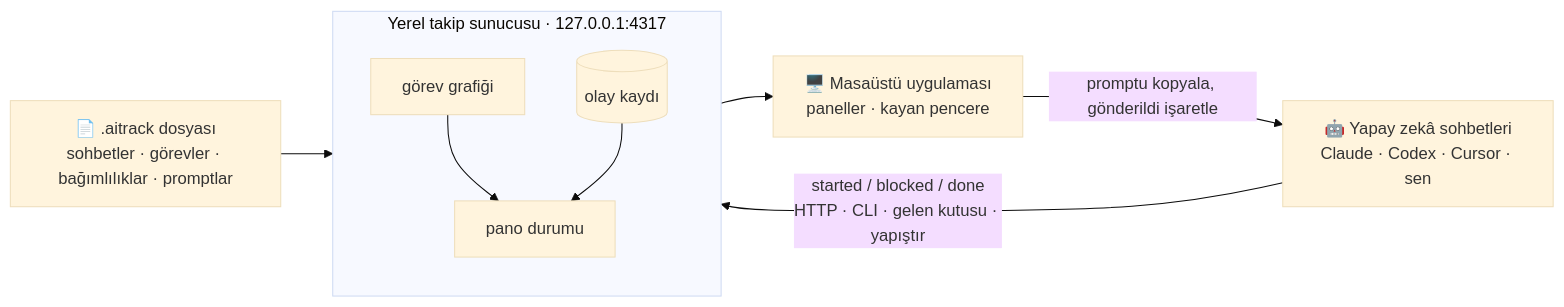
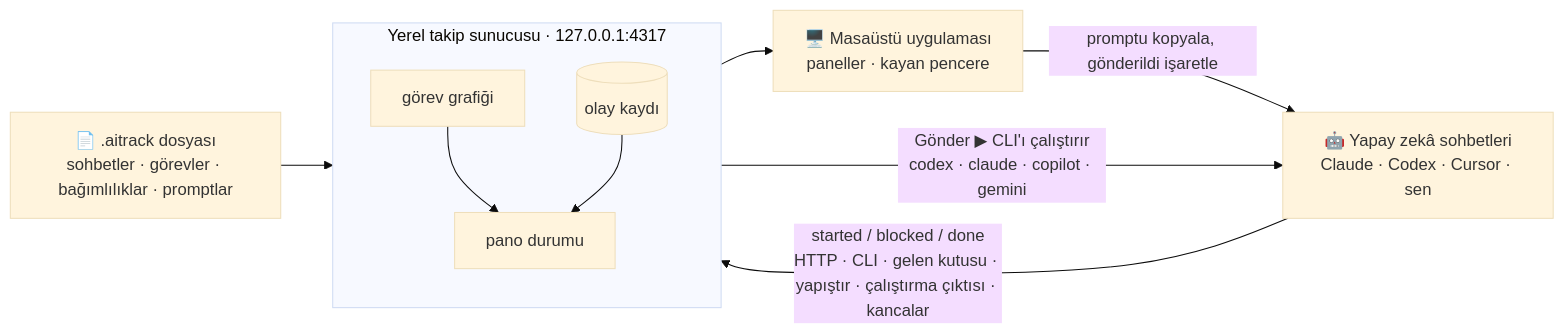
One commit to mitradeniz/ai-tracking-system changed the second of 3 diagrams in README.tr.md. Above: the diagram before and after it, drawn with Mermaid (base theme). The commit also changed other lines of this file and 36 other files, not shown here.

````diff
--- a/README.tr.md
+++ b/README.tr.md
@@ -184,12 +211,13 @@
 ```mermaid
 flowchart LR
     F["📄 .aitrack dosyası<br/>sohbetler · görevler · bağımlılıklar · promptlar"] --> T
     subgraph T["Yerel takip sunucusu · 127.0.0.1:4317"]
       direction TB
       G[görev grafiği] --> B[pano durumu]
       L[(olay kaydı)] --> B
     end
     T --> UI["🖥️ Masaüstü uygulaması<br/>paneller · kayan pencere"]
     UI -- "promptu kopyala, gönderildi işaretle" --> C["🤖 Yapay zekâ sohbetleri<br/>Claude · Codex · Cursor · sen"]
-    C -- "started / blocked / done<br/>HTTP · CLI · gelen kutusu · yapıştır" --> L
+    T -- "Gönder ▶ CLI'ı çalıştırır<br/>codex · claude · copilot · gemini" --> C
+    C -- "started / blocked / done<br/>HTTP · CLI · gelen kutusu · yapıştır · çalıştırma çıktısı · kancalar" --> L
 ```
````
